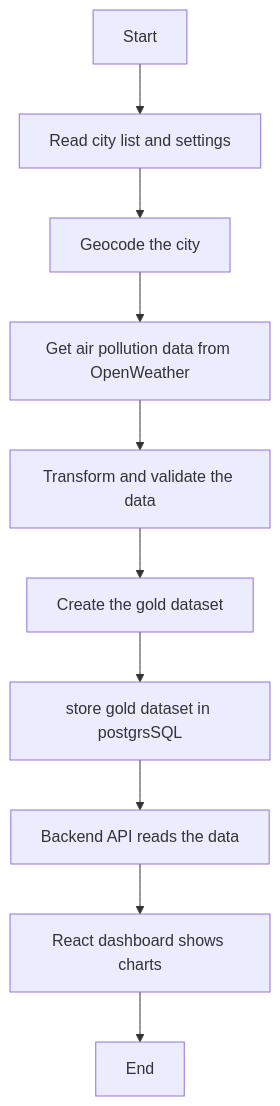
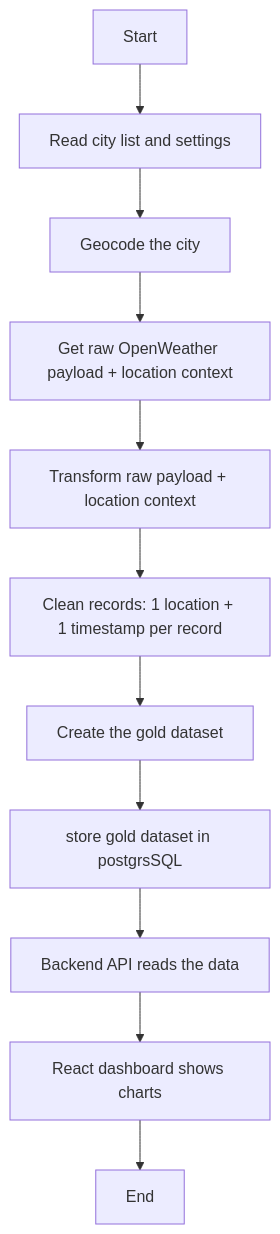
Before and after one commit to Code-the-Dream-School/summer-26-py-practicum-team1: the diagram in docs/architecture/planned_runtime_flow.md, drawn with Mermaid.

Commit message:
SCRUM-27 Update runtime flow diagram

````diff
--- a/docs/architecture/planned_runtime_flow.md
+++ b/docs/architecture/planned_runtime_flow.md
@@ -9,12 +9,13 @@
 ```mermaid
 flowchart TD
     A[Start] --> B[Read city list and settings]
     B --> C[Geocode the city]
-    C --> D[Get air pollution data from OpenWeather]
-    D --> E[Transform and validate the data]
-    E --> F[Create the gold dataset]
-    F --> G[store gold dataset in postgrsSQL]
-    G --> H[Backend API reads the data]
-    H --> I[React dashboard shows charts]
-    I --> J[End]
+    C --> D[Get raw OpenWeather payload + location context]
+    D --> E[Transform raw payload + location context]
+    E --> F[Clean records: 1 location + 1 timestamp per record]
+    F --> G[Create the gold dataset]
+    G --> H[store gold dataset in postgrsSQL]
+    H --> I[Backend API reads the data]
+    I --> J[React dashboard shows charts]
+    J --> K[End]
 ```
````
